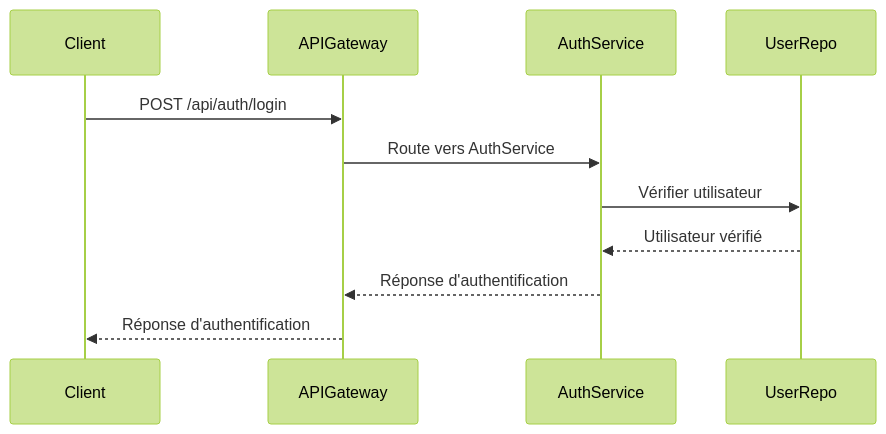
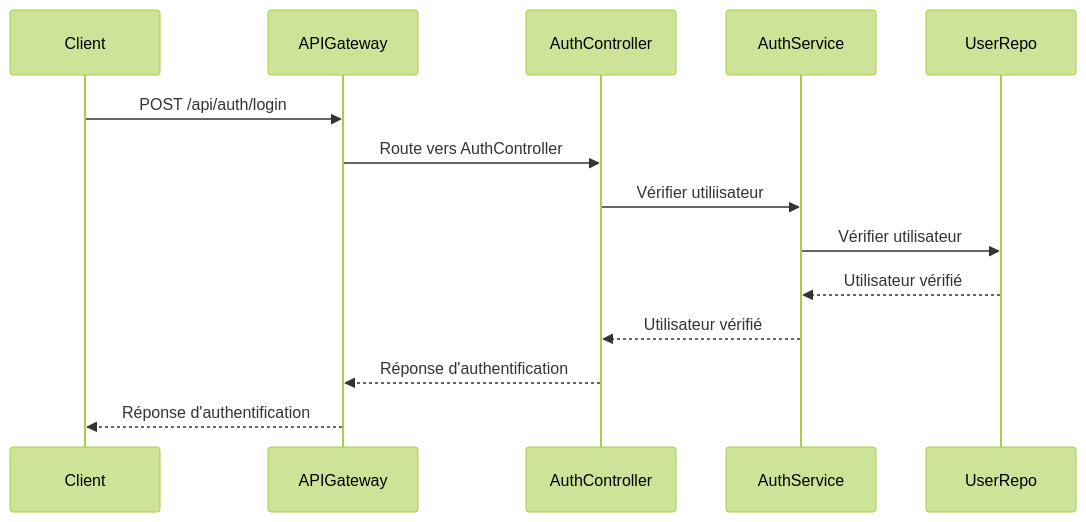
Before and after one commit to Amine-HADJ/Atelier3-SpringBoot: the third of 6 diagrams in README.md, drawn with Mermaid (forest theme). The commit also changed other lines of this file, not shown here.

````diff
--- a/README.md
+++ b/README.md
@@ -43,13 +50,16 @@
 ```mermaid
 sequenceDiagram
 participant Client
 participant APIGateway
+participant AuthController
 participant AuthService
 participant UserRepo
 Client->>APIGateway: POST /api/auth/login
-APIGateway->>AuthService: Route vers AuthService
+APIGateway->>AuthController: Route vers AuthController
+AuthController->>AuthService: Vérifier utiliisateur
 AuthService->>UserRepo: Vérifier utilisateur
 UserRepo-->>AuthService: Utilisateur vérifié
-AuthService-->>APIGateway: Réponse d'authentification
+AuthService-->>AuthController: Utilisateur vérifié
+AuthController-->>APIGateway: Réponse d'authentification
 APIGateway-->>Client: Réponse d'authentification
 ```
````
